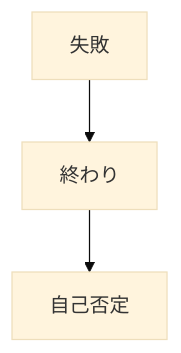
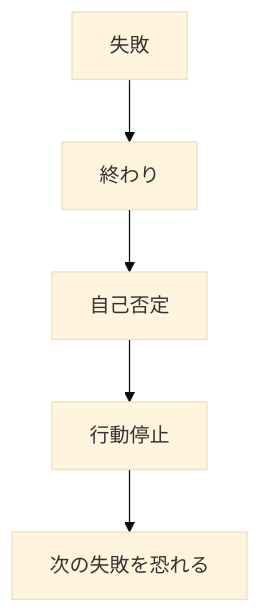
Before and after one commit to tndg16-bot/portfolio-site: the first of 3 diagrams in content/blog/303-failure-redefinition-growth.md, drawn with Mermaid (base theme). The commit also changed other lines of this file and 4 other files, not shown here.

````diff
--- a/content/blog/303-failure-redefinition-growth.md
+++ b/content/blog/303-failure-redefinition-growth.md
@@ -34,5 +34,7 @@
 ```mermaid
 graph TD
     A[失敗] --> B[終わり]
     B --> C[自己否定]
+    C --> D[行動停止]
+    D --> E[次の失敗を恐れる]
 ```
````
